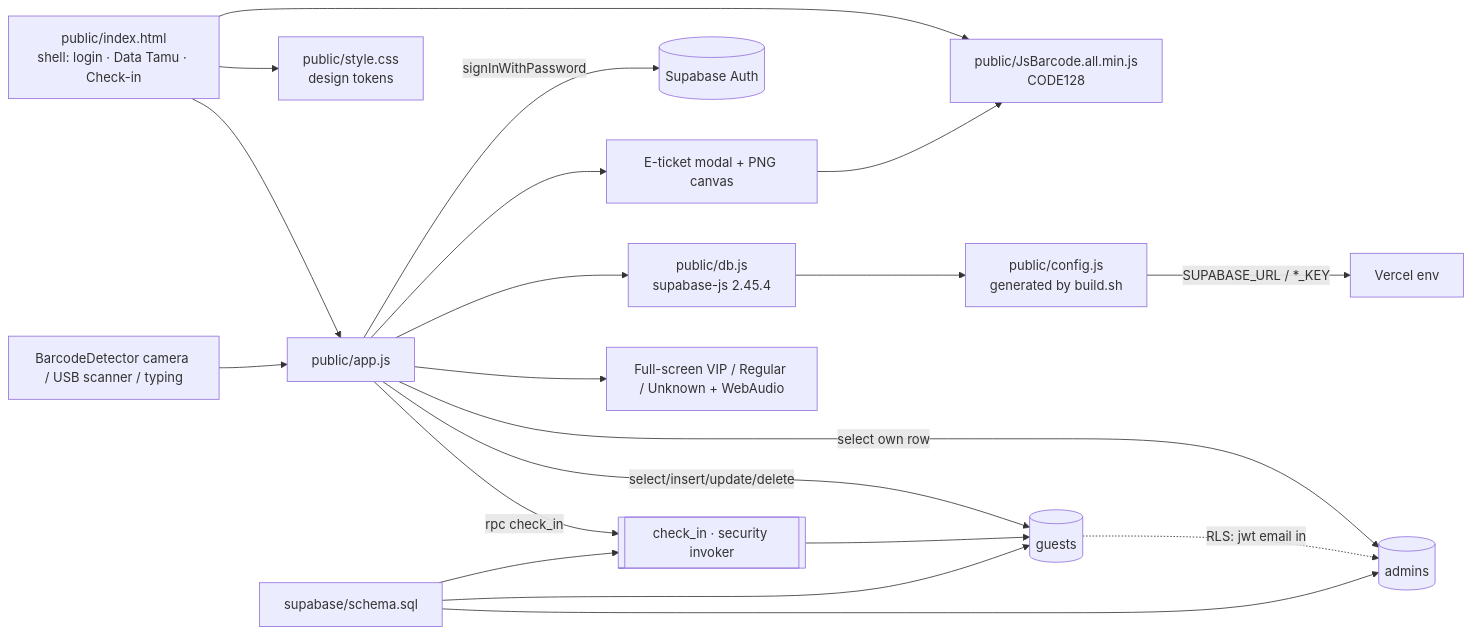
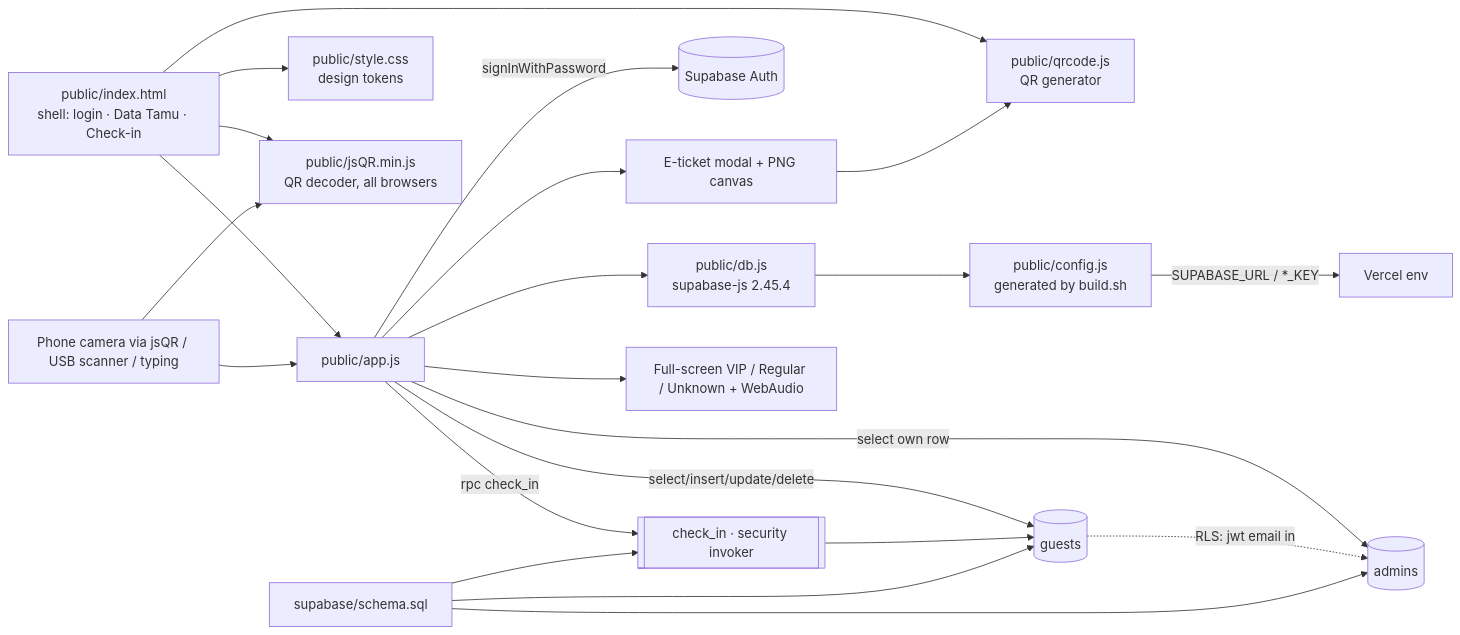
The diagram in KNOWLEDGE_GRAPH.md (cbnfiberuiux-bit/guestlogin), drawn with Mermaid before and after one commit. The commit also changed other lines of this file and 6 other files, not shown here.

First line of the commit message:
Switch tickets to QR and decode the camera with jsQR so phone scanning works on iPhone too

````diff
--- a/KNOWLEDGE_GRAPH.md
+++ b/KNOWLEDGE_GRAPH.md
@@ -5,20 +5,22 @@
 ```mermaid
 graph LR
   idx[public/index.html<br/>shell: login · Data Tamu · Check-in] --> app[public/app.js]
   idx --> css[public/style.css<br/>design tokens]
-  idx --> jsb[public/JsBarcode.all.min.js<br/>CODE128]
+  idx --> qr[public/qrcode.js<br/>QR generator]
+  idx --> jsqr[public/jsQR.min.js<br/>QR decoder, all browsers]
   app --> db[public/db.js<br/>supabase-js 2.45.4]
   db --> cfg[public/config.js<br/>generated by build.sh]
   cfg -->|SUPABASE_URL / *_KEY| vercel[Vercel env]
   app -->|signInWithPassword| auth[(Supabase Auth)]
   app -->|select/insert/update/delete| guests[(guests)]
   app -->|rpc check_in| fn[[check_in · security invoker]]
   fn --> guests
   app -->|select own row| admins[(admins)]
   guests -.RLS: jwt email in.-> admins
   app --> ticket[E-ticket modal + PNG canvas]
-  ticket --> jsb
+  ticket --> qr
+  cam --> jsqr
   app --> result[Full-screen VIP / Regular / Unknown + WebAudio]
-  cam[BarcodeDetector camera / USB scanner / typing] --> app
+  cam[Phone camera via jsQR / USB scanner / typing] --> app
   schema[supabase/schema.sql] --> guests & admins & fn
 ```
````
